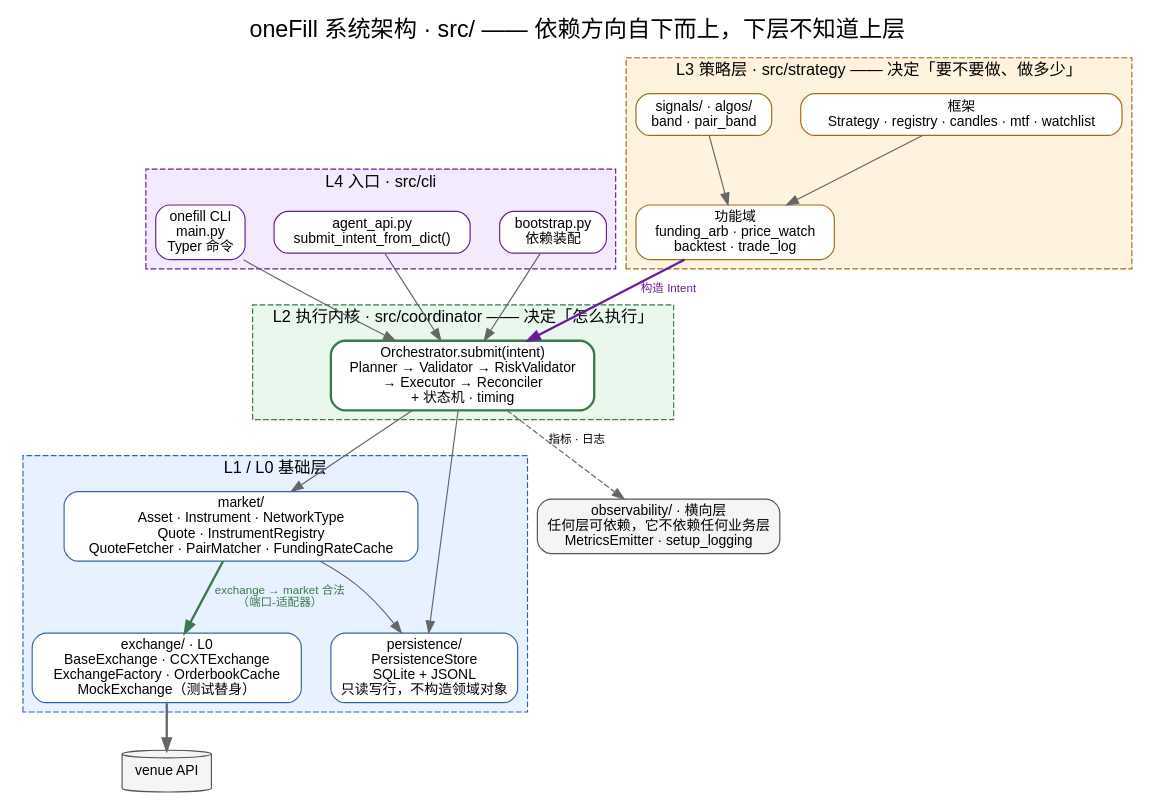
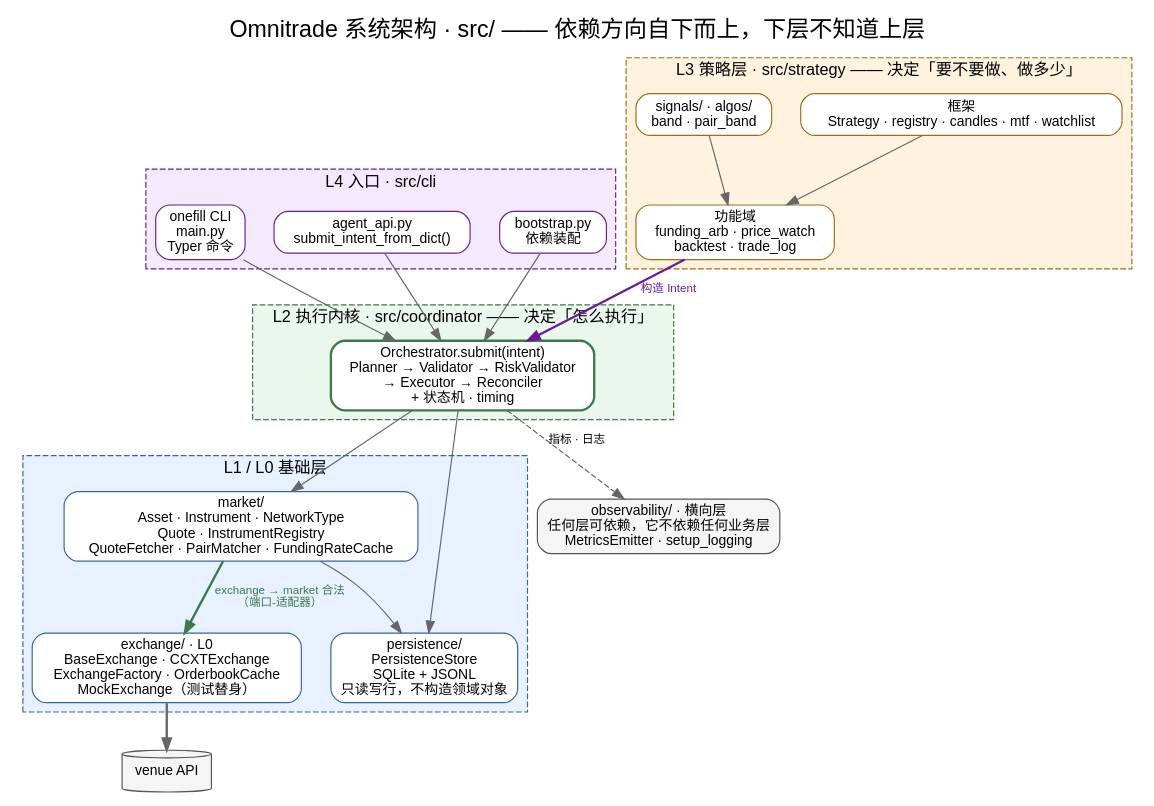
One commit to 0xkayne/OmniTrade changed the diagram in docs/assets/sys-architecture.dot. Above: the diagram before and after it, drawn with Graphviz. The commit also changed 52 other files, not shown here.

```diff
--- a/docs/assets/sys-architecture.dot
+++ b/docs/assets/sys-architecture.dot
@@ -1,70 +1,70 @@
 // 系统架构总览：七个包、分层与依赖方向
 // 源码位置：src/ 全部七个包
 // 重新生成：scripts/render_diagrams.sh sys-architecture
 
 digraph sys_architecture {
   graph [
     fontname="Helvetica", fontsize="20",
     rankdir=TB, compound=true, nodesep=0.35, ranksep=0.55,
     labelloc="t",
-    label="oneFill 系统架构 · src/ —— 依赖方向自下而上，下层不知道上层"
+    label="Omnitrade 系统架构 · src/ —— 依赖方向自下而上，下层不知道上层"
   ];
   node [fontname="Helvetica", fontsize="12", shape=box, style="rounded,filled"];
   edge [fontname="Helvetica", fontsize="10", color="#666666"];
 
   subgraph cluster_entry {
     label="L4 入口 · src/cli"; fontsize="14";
     color="#6a1b9a"; style="filled,dashed"; fillcolor="#f3eafd";
     cli   [label="onefill CLI\nmain.py\nTyper 命令", fillcolor="#ffffff", color="#6a1b9a"];
     agent [label="agent_api.py\nsubmit_intent_from_dict()", fillcolor="#ffffff", color="#6a1b9a"];
     boot  [label="bootstrap.py\n依赖装配", fillcolor="#ffffff", color="#6a1b9a"];
   }
 
   subgraph cluster_strat {
     label="L3 策略层 · src/strategy —— 决定「要不要做、做多少」"; fontsize="14";
     color="#a66a14"; style="filled,dashed"; fillcolor="#fff3df";
     frame [label="框架\nStrategy · registry · candles · mtf · watchlist",
            fillcolor="#ffffff", color="#a66a14"];
     sigalg [label="signals/ · algos/\nband · pair_band", fillcolor="#ffffff", color="#a66a14"];
     feat  [label="功能域\nfunding_arb · price_watch\nbacktest · trade_log",
            fillcolor="#ffffff", color="#a66a14"];
   }
 
   subgraph cluster_core {
     label="L2 执行内核 · src/coordinator —— 决定「怎么执行」"; fontsize="14";
     color="#3c7a4a"; style="filled,dashed"; fillcolor="#eaf7ed";
     pipe [label="Orchestrator.submit(intent)\nPlanner → Validator → RiskValidator\n→ Executor → Reconciler\n+ 状态机 · timing",
           fillcolor="#ffffff", color="#3c7a4a", penwidth=2];
   }
 
   subgraph cluster_base {
     label="L1 / L0 基础层"; fontsize="14";
     color="#3264a8"; style="filled,dashed"; fillcolor="#e8f1ff";
     market  [label="market/\nAsset · Instrument · NetworkType\nQuote · InstrumentRegistry\nQuoteFetcher · PairMatcher · FundingRateCache",
              fillcolor="#ffffff", color="#3264a8"];
     exch    [label="exchange/ · L0\nBaseExchange · CCXTExchange\nExchangeFactory · OrderbookCache\nMockExchange（测试替身）",
              fillcolor="#ffffff", color="#3264a8"];
     persist [label="persistence/\nPersistenceStore\nSQLite + JSONL\n只读写行，不构造领域对象",
              fillcolor="#ffffff", color="#3264a8"];
   }
 
   obs [label="observability/ · 横向层\n任何层可依赖，它不依赖任何业务层\nMetricsEmitter · setup_logging",
        fillcolor="#f5f5f5", color="#555555"];
   venue [label="venue API", shape=cylinder, style=filled, fillcolor="#f5f5f5", color="#555555"];
 
   cli   -> pipe;
   agent -> pipe;
   boot  -> pipe;
 
   frame  -> feat;
   sigalg -> feat;
   feat   -> pipe [label="构造 Intent", style=bold, color="#6a1b9a", fontcolor="#6a1b9a"];
 
   pipe -> market;
   pipe -> persist;
   pipe -> obs [label="指标 · 日志", style=dashed];
 
   market -> exch [label="exchange → market 合法\n（端口-适配器）", style=bold, color="#3c7a4a", fontcolor="#3c7a4a"];
   market -> persist;
   exch -> venue [style=bold];
 }
```
